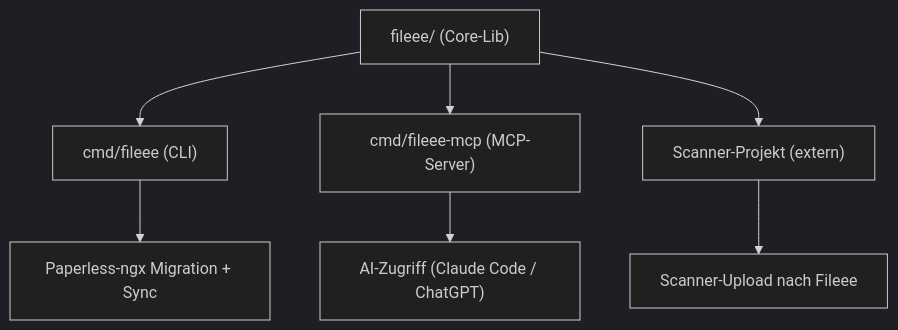
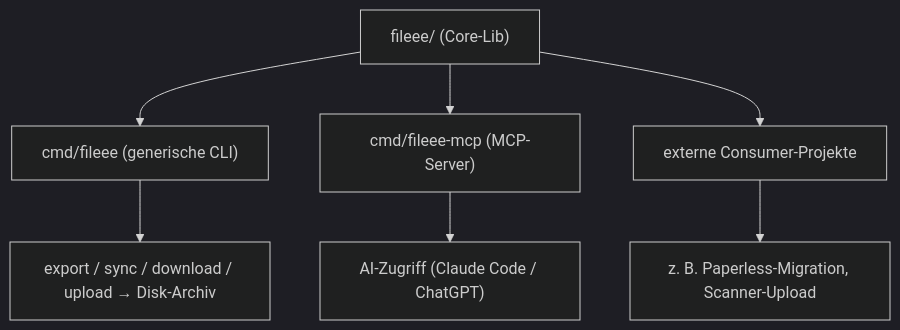
The diagram in README.md (strausmann/go-fileee), drawn with Mermaid (dark theme) before and after one commit. The commit also changed other lines of this file and 4 other files, not shown here.

First line of the commit message:
refactor: go-fileee domänen-neutral (ADR-0006, kein Paperless im Repo)

````diff
--- a/README.md
+++ b/README.md
@@ -13,9 +22,9 @@
 ```mermaid
 graph TD
-    A["fileee/ (Core-Lib)"] --> B["cmd/fileee (CLI)"]
+    A["fileee/ (Core-Lib)"] --> B["cmd/fileee (generische CLI)"]
     A --> C["cmd/fileee-mcp (MCP-Server)"]
-    A --> D["Scanner-Projekt (extern)"]
-    B --> E["Paperless-ngx Migration + Sync"]
+    A --> D["externe Consumer-Projekte"]
+    B --> E["export / sync / download / upload → Disk-Archiv"]
     C --> F["AI-Zugriff (Claude Code / ChatGPT)"]
-    D --> G["Scanner-Upload nach Fileee"]
+    D --> G["z. B. Paperless-Migration, Scanner-Upload"]
 ```
````
